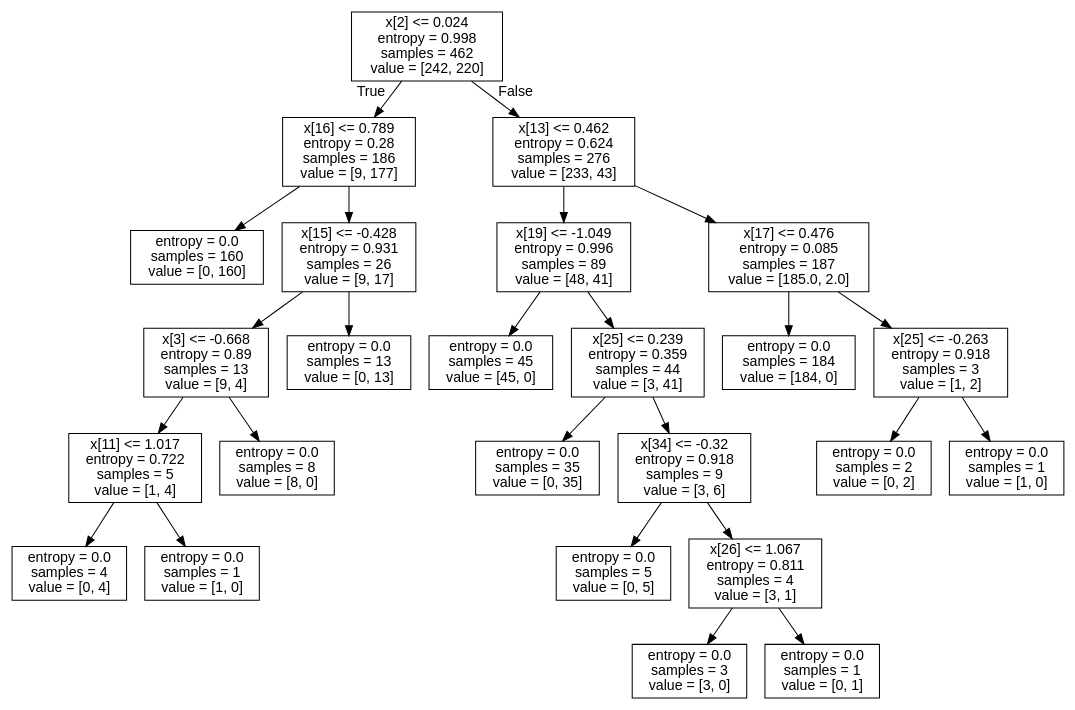
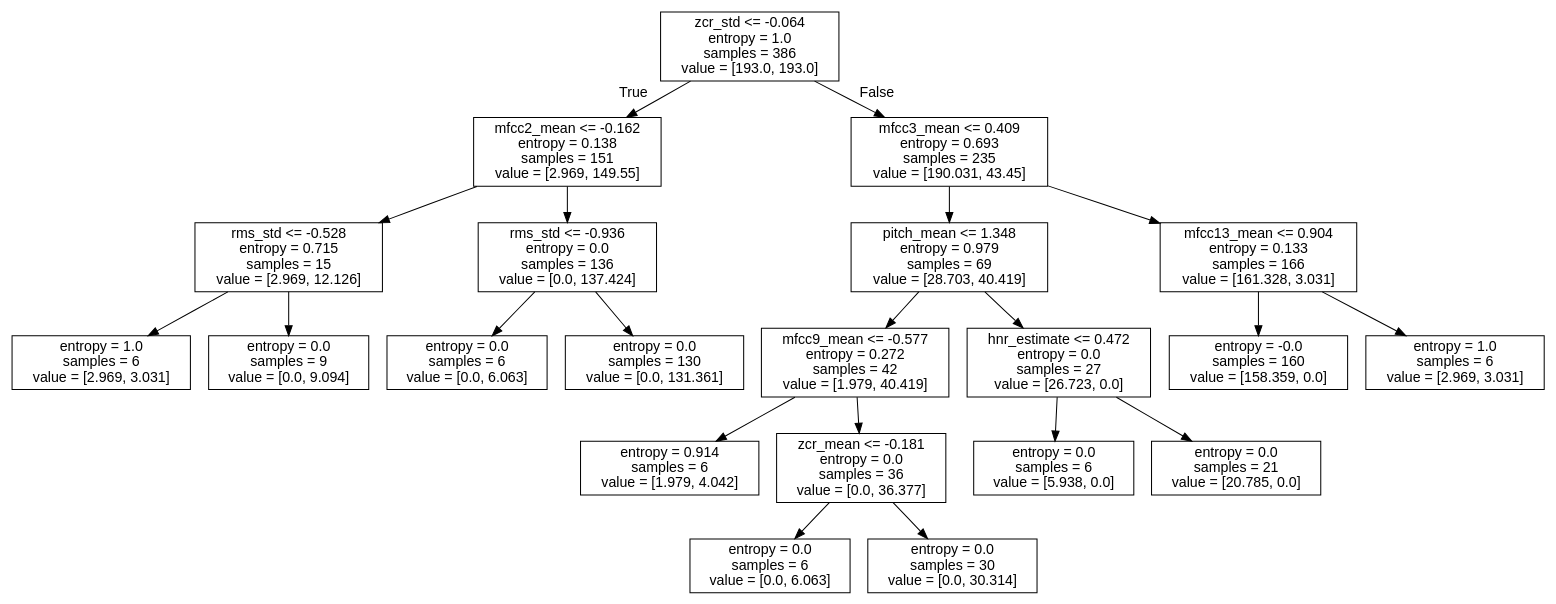
Before and after one commit to richardliuu/Leveraging-Machine-Learning-to-Diagnose-Lung-Cancer: the diagram in visualizer.dot, drawn with Graphviz. The commit also changed 6 other files, not shown here.

```diff
--- a/visualizer.dot
+++ b/visualizer.dot
@@ -1,53 +1,45 @@
 digraph Tree {
 node [shape=box, fontname="helvetica"] ;
 edge [fontname="helvetica"] ;
-0 [label="x[2] <= 0.024\nentropy = 0.998\nsamples = 462\nvalue = [242, 220]"] ;
-1 [label="x[16] <= 0.789\nentropy = 0.28\nsamples = 186\nvalue = [9, 177]"] ;
+0 [label="zcr_std <= -0.064\nentropy = 1.0\nsamples = 386\nvalue = [193.0, 193.0]"] ;
+1 [label="mfcc2_mean <= -0.162\nentropy = 0.138\nsamples = 151\nvalue = [2.969, 149.55]"] ;
 0 -> 1 [labeldistance=2.5, labelangle=45, headlabel="True"] ;
-2 [label="entropy = 0.0\nsamples = 160\nvalue = [0, 160]"] ;
-1 -> 2 ;
-3 [label="x[15] <= -0.428\nentropy = 0.931\nsamples = 26\nvalue = [9, 17]"] ;
-1 -> 3 ;
-4 [label="x[3] <= -0.668\nentropy = 0.89\nsamples = 13\nvalue = [9, 4]"] ;
-3 -> 4 ;
-5 [label="x[11] <= 1.017\nentropy = 0.722\nsamples = 5\nvalue = [1, 4]"] ;
-4 -> 5 ;
-6 [label="entropy = 0.0\nsamples = 4\nvalue = [0, 4]"] ;
-5 -> 6 ;
-7 [label="entropy = 0.0\nsamples = 1\nvalue = [1, 0]"] ;
-5 -> 7 ;
-8 [label="entropy = 0.0\nsamples = 8\nvalue = [8, 0]"] ;
+9 [label="rms_std <= -0.528\nentropy = 0.715\nsamples = 15\nvalue = [2.969, 12.126]"] ;
+1 -> 9 ;
+13 [label="entropy = 1.0\nsamples = 6\nvalue = [2.969, 3.031]"] ;
+9 -> 13 ;
+14 [label="entropy = 0.0\nsamples = 9\nvalue = [0.0, 9.094]"] ;
+9 -> 14 ;
+10 [label="rms_std <= -0.936\nentropy = 0.0\nsamples = 136\nvalue = [0.0, 137.424]"] ;
+1 -> 10 ;
+15 [label="entropy = 0.0\nsamples = 6\nvalue = [0.0, 6.063]"] ;
+10 -> 15 ;
+16 [label="entropy = 0.0\nsamples = 130\nvalue = [0.0, 131.361]"] ;
+10 -> 16 ;
+2 [label="mfcc3_mean <= 0.409\nentropy = 0.693\nsamples = 235\nvalue = [190.031, 43.45]"] ;
+0 -> 2 [labeldistance=2.5, labelangle=-45, headlabel="False"] ;
+3 [label="pitch_mean <= 1.348\nentropy = 0.979\nsamples = 69\nvalue = [28.703, 40.419]"] ;
+2 -> 3 ;
+5 [label="mfcc9_mean <= -0.577\nentropy = 0.272\nsamples = 42\nvalue = [1.979, 40.419]"] ;
+3 -> 5 ;
+11 [label="entropy = 0.914\nsamples = 6\nvalue = [1.979, 4.042]"] ;
+5 -> 11 ;
+12 [label="zcr_mean <= -0.181\nentropy = 0.0\nsamples = 36\nvalue = [0.0, 36.377]"] ;
+5 -> 12 ;
+19 [label="entropy = 0.0\nsamples = 6\nvalue = [0.0, 6.063]"] ;
+12 -> 19 ;
+20 [label="entropy = 0.0\nsamples = 30\nvalue = [0.0, 30.314]"] ;
+12 -> 20 ;
+6 [label="hnr_estimate <= 0.472\nentropy = 0.0\nsamples = 27\nvalue = [26.723, 0.0]"] ;
+3 -> 6 ;
+17 [label="entropy = 0.0\nsamples = 6\nvalue = [5.938, 0.0]"] ;
+6 -> 17 ;
+18 [label="entropy = 0.0\nsamples = 21\nvalue = [20.785, 0.0]"] ;
+6 -> 18 ;
+4 [label="mfcc13_mean <= 0.904\nentropy = 0.133\nsamples = 166\nvalue = [161.328, 3.031]"] ;
+2 -> 4 ;
+7 [label="entropy = -0.0\nsamples = 160\nvalue = [158.359, 0.0]"] ;
+4 -> 7 ;
+8 [label="entropy = 1.0\nsamples = 6\nvalue = [2.969, 3.031]"] ;
 4 -> 8 ;
-9 [label="entropy = 0.0\nsamples = 13\nvalue = [0, 13]"] ;
-3 -> 9 ;
-10 [label="x[13] <= 0.462\nentropy = 0.624\nsamples = 276\nvalue = [233, 43]"] ;
-0 -> 10 [labeldistance=2.5, labelangle=-45, headlabel="False"] ;
-11 [label="x[19] <= -1.049\nentropy = 0.996\nsamples = 89\nvalue = [48, 41]"] ;
-10 -> 11 ;
-12 [label="entropy = 0.0\nsamples = 45\nvalue = [45, 0]"] ;
-11 -> 12 ;
-13 [label="x[25] <= 0.239\nentropy = 0.359\nsamples = 44\nvalue = [3, 41]"] ;
-11 -> 13 ;
-14 [label="entropy = 0.0\nsamples = 35\nvalue = [0, 35]"] ;
-13 -> 14 ;
-15 [label="x[34] <= -0.32\nentropy = 0.918\nsamples = 9\nvalue = [3, 6]"] ;
-13 -> 15 ;
-16 [label="entropy = 0.0\nsamples = 5\nvalue = [0, 5]"] ;
-15 -> 16 ;
-17 [label="x[26] <= 1.067\nentropy = 0.811\nsamples = 4\nvalue = [3, 1]"] ;
-15 -> 17 ;
-18 [label="entropy = 0.0\nsamples = 3\nvalue = [3, 0]"] ;
-17 -> 18 ;
-19 [label="entropy = 0.0\nsamples = 1\nvalue = [0, 1]"] ;
-17 -> 19 ;
-20 [label="x[17] <= 0.476\nentropy = 0.085\nsamples = 187\nvalue = [185.0, 2.0]"] ;
-10 -> 20 ;
-21 [label="entropy = 0.0\nsamples = 184\nvalue = [184, 0]"] ;
-20 -> 21 ;
-22 [label="x[25] <= -0.263\nentropy = 0.918\nsamples = 3\nvalue = [1, 2]"] ;
-20 -> 22 ;
-23 [label="entropy = 0.0\nsamples = 2\nvalue = [0, 2]"] ;
-22 -> 23 ;
-24 [label="entropy = 0.0\nsamples = 1\nvalue = [1, 0]"] ;
-22 -> 24 ;
 }
```
